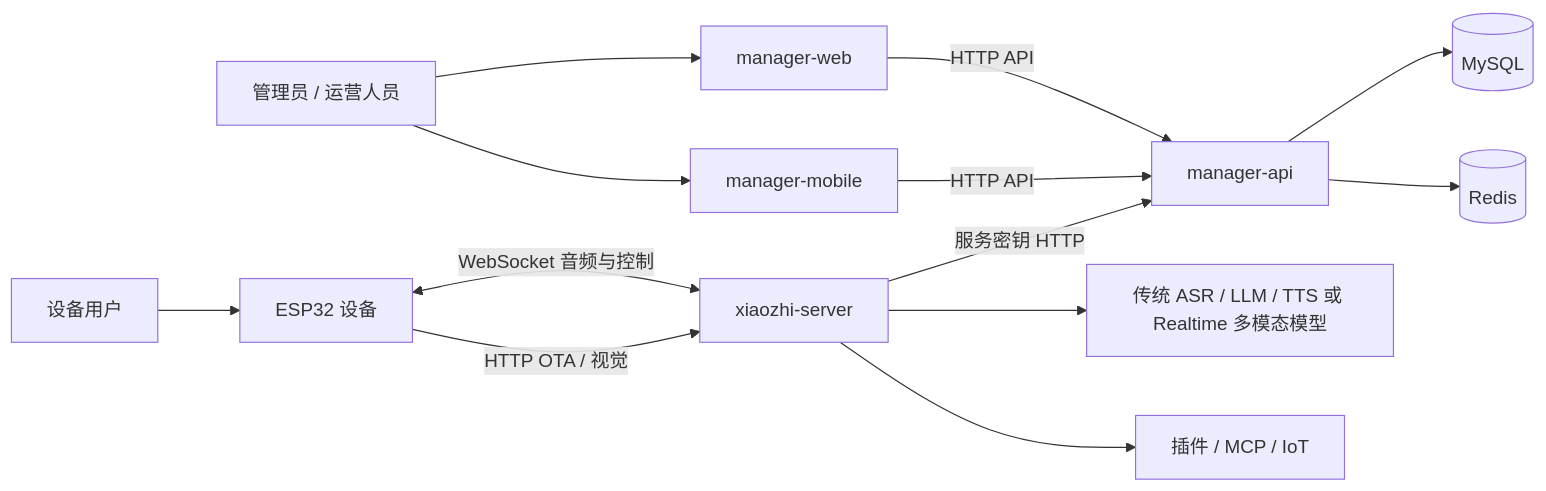
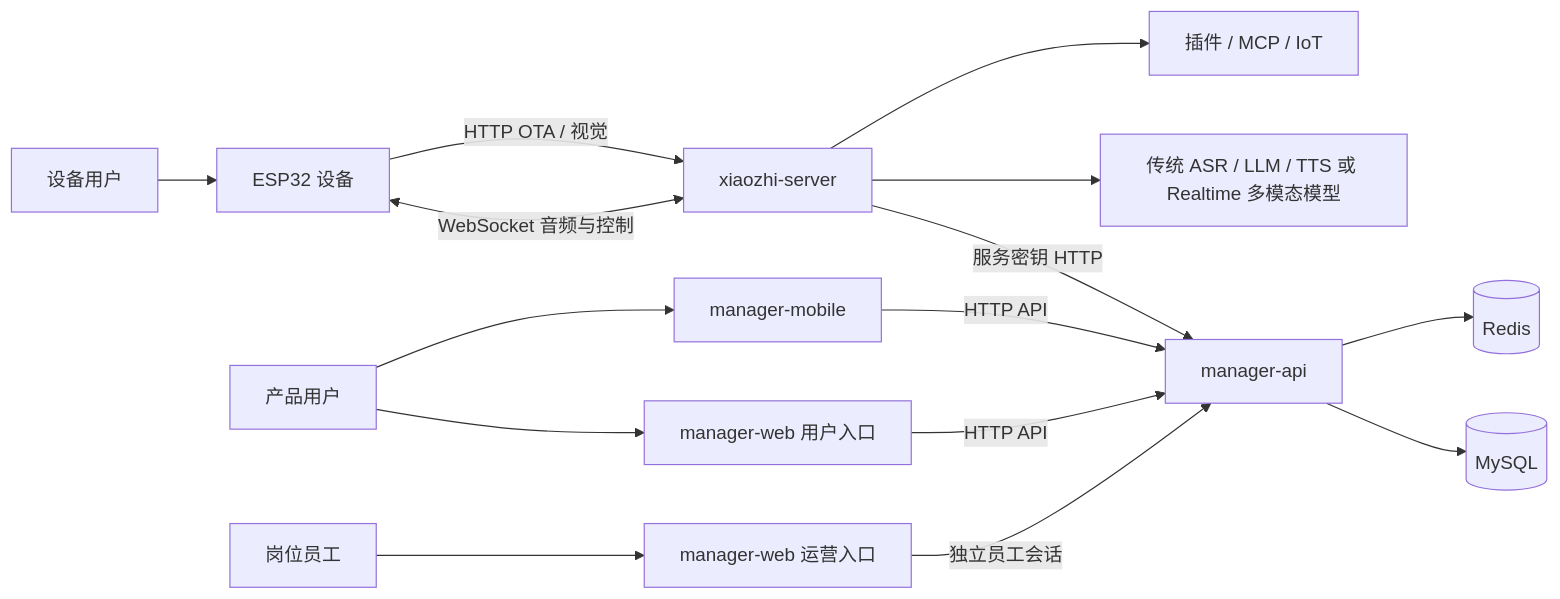
Before and after one commit to ruirui688/xiaozhiserver: the first of 3 diagrams in docs/architecture/project-architecture.md, drawn with Mermaid. The commit also changed other lines of this file and 249 other files, not shown here.

````diff
--- a/docs/architecture/project-architecture.md
+++ b/docs/architecture/project-architecture.md
@@ -26,15 +28,17 @@
 ```mermaid
 flowchart LR
     User[设备用户] --> Device[ESP32 设备]
-    Operator[管理员 / 运营人员] --> Web[manager-web]
-    Operator --> Mobile[manager-mobile]
+    Tenant[产品用户] --> Web[manager-web 用户入口]
+    Tenant --> Mobile[manager-mobile]
+    Operator[岗位员工] --> Ops[manager-web 运营入口]
     Device <-->|WebSocket 音频与控制| Realtime[xiaozhi-server]
     Device -->|HTTP OTA / 视觉| Realtime
     Web -->|HTTP API| Control[manager-api]
+    Ops -->|独立员工会话| Control
     Mobile -->|HTTP API| Control
     Realtime -->|服务密钥 HTTP| Control
     Control --> MySQL[(MySQL)]
     Control --> Redis[(Redis)]
     Realtime --> Providers[传统 ASR / LLM / TTS 或 Realtime 多模态模型]
     Realtime --> Tools[插件 / MCP / IoT]
 ```
````
